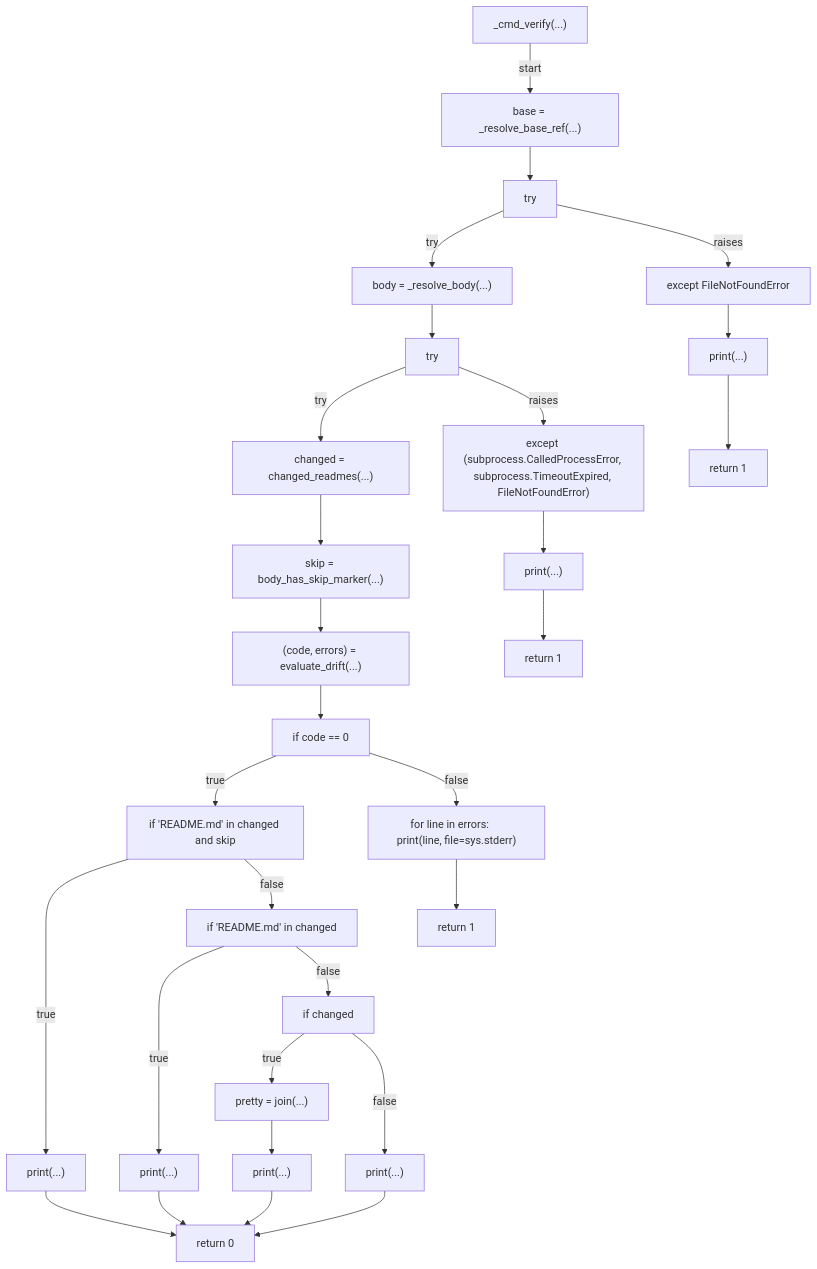
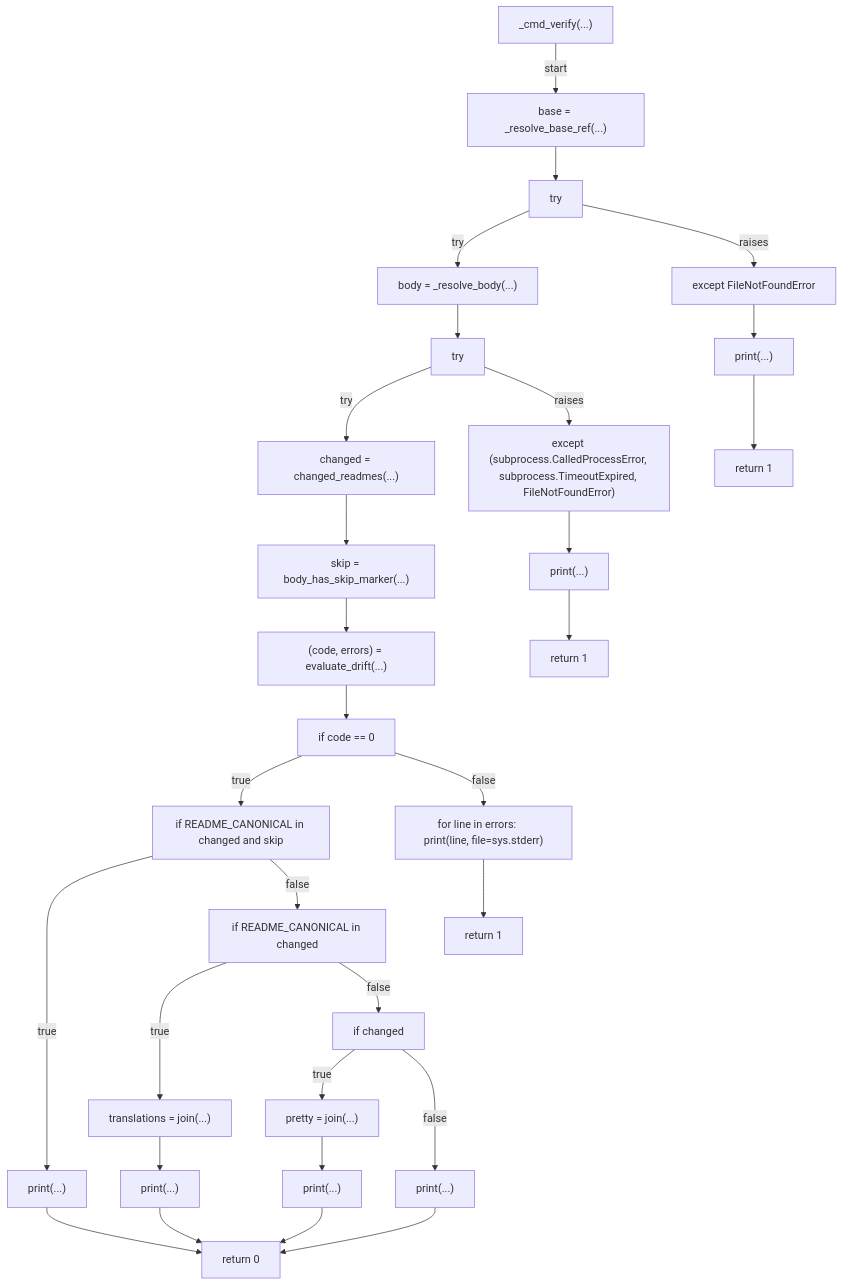
Before and after one commit to tvna/claude-md: the seventh of 9 diagrams in docs/generated/scripts/ast/verify_readme_translation.md, drawn with Mermaid. The commit also changed other lines of this file, not shown here.

Commit message:
docs(generated): regenerate decision tree and workflow diagrams
Refs #960

````diff
--- a/docs/generated/scripts/ast/verify_readme_translation.md
+++ b/docs/generated/scripts/ast/verify_readme_translation.md
@@ -105,57 +105,59 @@
 ```mermaid
 flowchart TD
     N001["_cmd_verify(...)"]
     N002["base = _resolve_base_ref(...)"]
     N003["try"]
     N004["body = _resolve_body(...)"]
     N005["except FileNotFoundError"]
     N006["print(...)"]
     N007["return 1"]
     N008["try"]
     N009["changed = changed_readmes(...)"]
     N010["except (subprocess.CalledProcessError, subprocess.TimeoutExpired, FileNotFoundError)"]
     N011["print(...)"]
     N012["return 1"]
     N013["skip = body_has_skip_marker(...)"]
     N014["(code, errors) = evaluate_drift(...)"]
     N015["if code == 0"]
-    N016["if 'README.md' in changed and skip"]
+    N016["if README_CANONICAL in changed and skip"]
     N017["print(...)"]
-    N018["if 'README.md' in changed"]
-    N019["print(...)"]
-    N020["if changed"]
-    N021["pretty = join(...)"]
-    N022["print(...)"]
+    N018["if README_CANONICAL in changed"]
+    N019["translations = join(...)"]
+    N020["print(...)"]
+    N021["if changed"]
+    N022["pretty = join(...)"]
     N023["print(...)"]
-    N024["return 0"]
-    N025["for line in errors:     print(line, file=sys.stderr)"]
-    N026["return 1"]
+    N024["print(...)"]
+    N025["return 0"]
+    N026["for line in errors:     print(line, file=sys.stderr)"]
+    N027["return 1"]
     N001 -->|"start"| N002
     N002 --> N003
     N003 -->|"try"| N004
     N003 -->|"raises"| N005
     N005 --> N006
     N006 --> N007
     N004 --> N008
     N008 -->|"try"| N009
     N008 -->|"raises"| N010
     N010 --> N011
     N011 --> N012
     N009 --> N013
     N013 --> N014
     N014 --> N015
     N015 -->|"true"| N016
     N016 -->|"true"| N017
     N016 -->|"false"| N018
     N018 -->|"true"| N019
-    N018 -->|"false"| N020
-    N020 -->|"true"| N021
-    N021 --> N022
-    N020 -->|"false"| N023
-    N017 --> N024
-    N019 --> N024
-    N022 --> N024
-    N023 --> N024
-    N015 -->|"false"| N025
-    N025 --> N026
+    N019 --> N020
+    N018 -->|"false"| N021
+    N021 -->|"true"| N022
+    N022 --> N023
+    N021 -->|"false"| N024
+    N017 --> N025
+    N020 --> N025
+    N023 --> N025
+    N024 --> N025
+    N015 -->|"false"| N026
+    N026 --> N027
 ```
````
